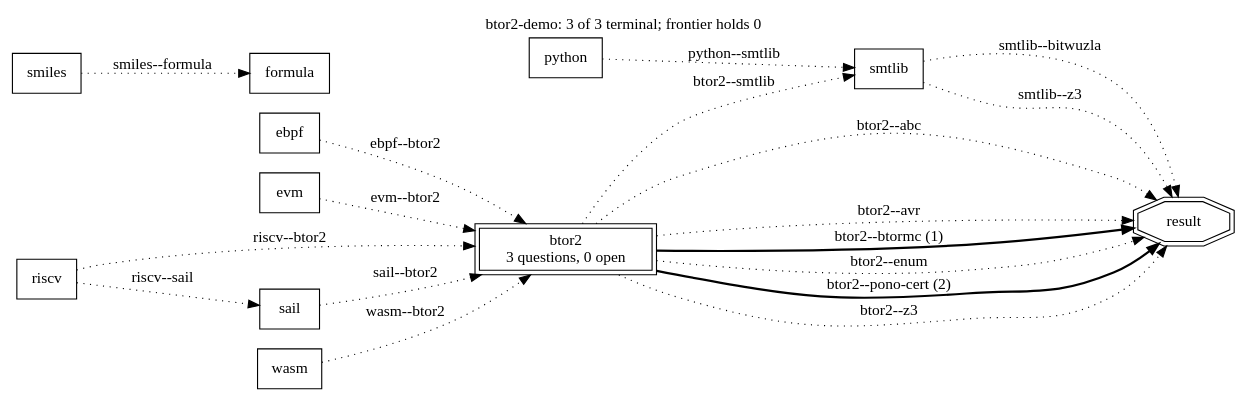
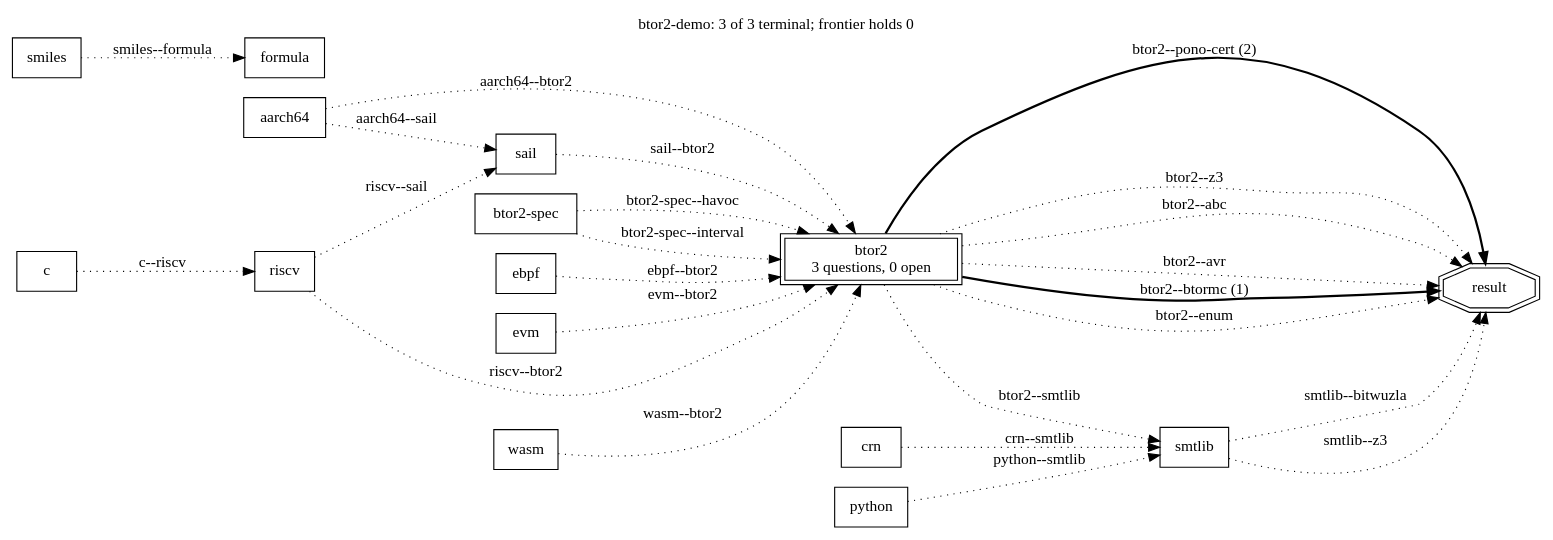
Before and after one commit to cksystemsgroup/hurdy-gurdy: the diagram in runs/btor2-demo/frontier.dot, drawn with Graphviz. The commit also changed 251 other files, not shown here.

```diff
--- a/runs/btor2-demo/frontier.dot
+++ b/runs/btor2-demo/frontier.dot
@@ -1,33 +1,43 @@
 digraph "btor2-demo" {
   rankdir=LR; labelloc=t;
   label="btor2-demo: 3 of 3 terminal; frontier holds 0";
   node [shape=box];
+  "aarch64";
   "btor2" [peripheries=2, label="btor2\n3 questions, 0 open"];
+  "btor2-spec";
+  "c";
+  "crn";
   "ebpf";
   "evm";
   "formula";
   "python";
   "riscv";
   "sail";
   "smiles";
   "smtlib";
   "wasm";
   "result" [shape=doubleoctagon];
+  "aarch64" -> "btor2" [style=dotted, label="aarch64--btor2"];
+  "aarch64" -> "sail" [style=dotted, label="aarch64--sail"];
   "btor2" -> "result" [style=dotted, label="btor2--abc"];
   "btor2" -> "result" [style=dotted, label="btor2--avr"];
   "btor2" -> "result" [style=bold, label="btor2--btormc (1)"];
   "btor2" -> "result" [style=dotted, label="btor2--enum"];
   "btor2" -> "result" [style=bold, label="btor2--pono-cert (2)"];
   "btor2" -> "smtlib" [style=dotted, label="btor2--smtlib"];
   "btor2" -> "result" [style=dotted, label="btor2--z3"];
+  "btor2-spec" -> "btor2" [style=dotted, label="btor2-spec--havoc"];
+  "btor2-spec" -> "btor2" [style=dotted, label="btor2-spec--interval"];
+  "c" -> "riscv" [style=dotted, label="c--riscv"];
+  "crn" -> "smtlib" [style=dotted, label="crn--smtlib"];
   "ebpf" -> "btor2" [style=dotted, label="ebpf--btor2"];
   "evm" -> "btor2" [style=dotted, label="evm--btor2"];
   "python" -> "smtlib" [style=dotted, label="python--smtlib"];
   "riscv" -> "btor2" [style=dotted, label="riscv--btor2"];
   "riscv" -> "sail" [style=dotted, label="riscv--sail"];
   "sail" -> "btor2" [style=dotted, label="sail--btor2"];
   "smiles" -> "formula" [style=dotted, label="smiles--formula"];
   "smtlib" -> "result" [style=dotted, label="smtlib--bitwuzla"];
   "smtlib" -> "result" [style=dotted, label="smtlib--z3"];
   "wasm" -> "btor2" [style=dotted, label="wasm--btor2"];
 }
```
